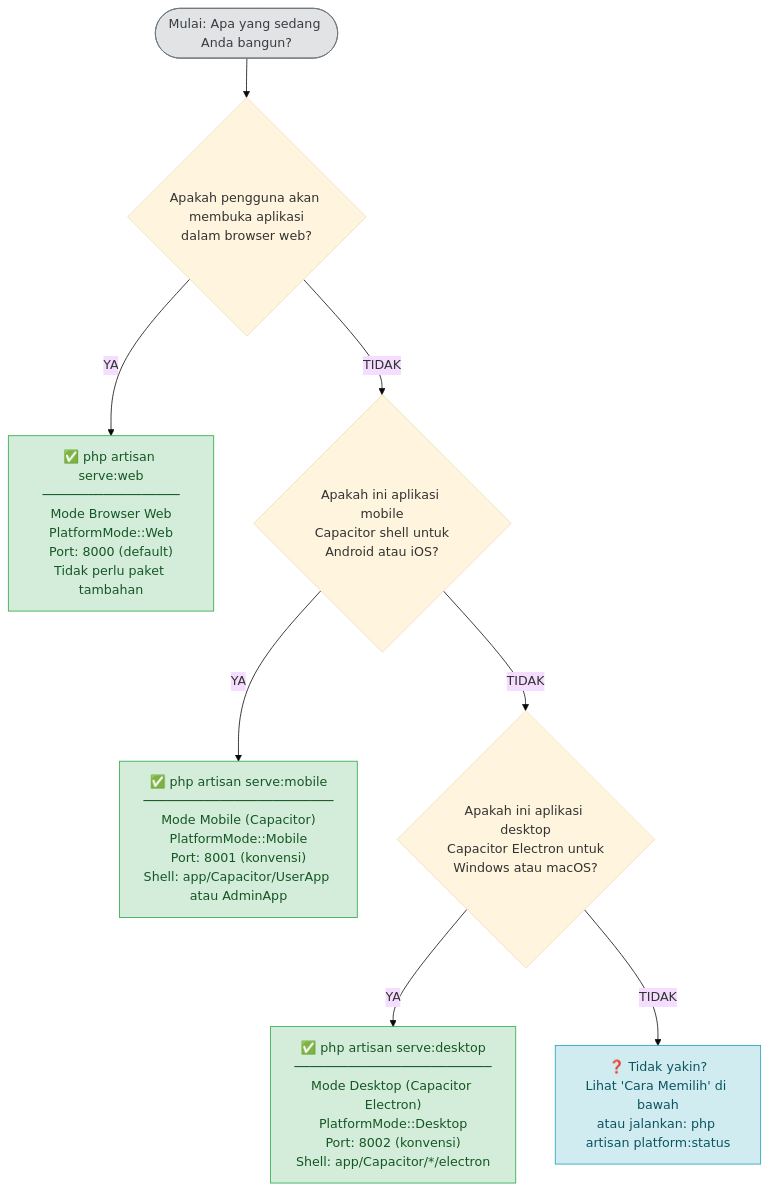
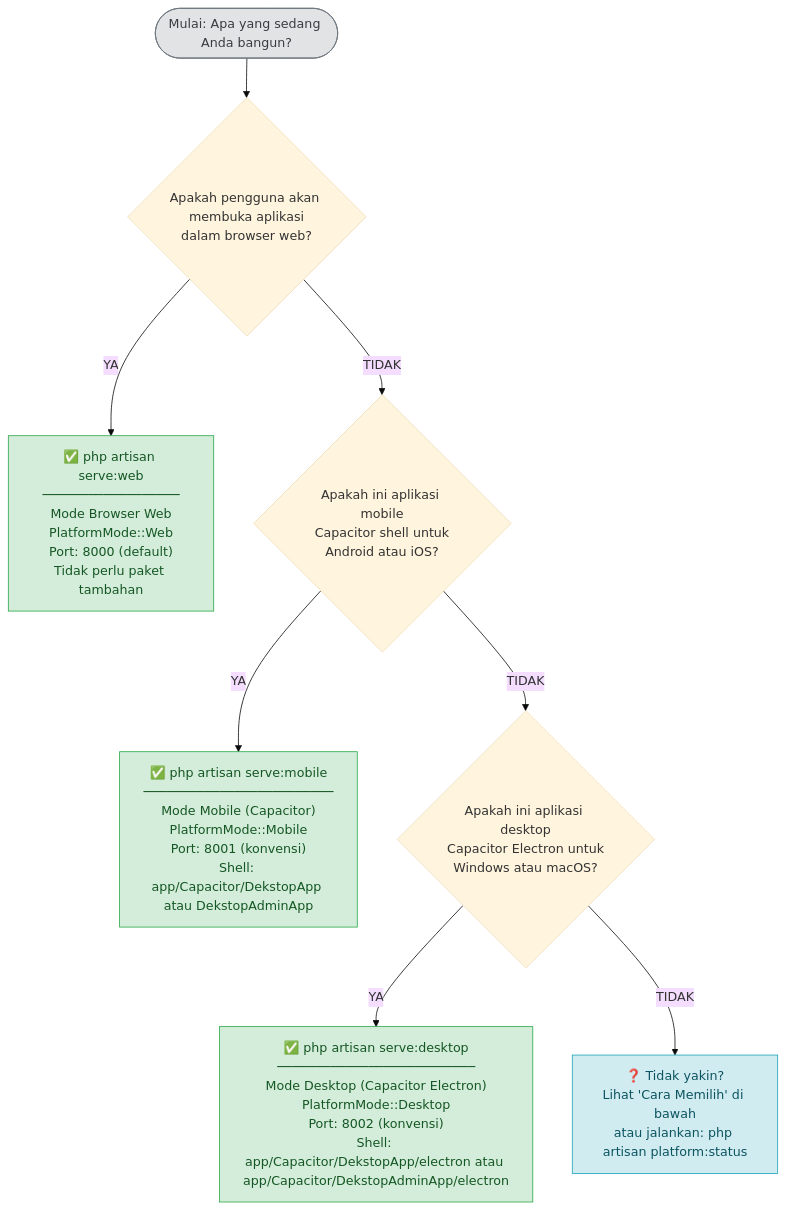
One commit to aanugerahahmadf/WebApp changed the diagram in docs/command-decision-tree/command-decision-tree.md. Above: the diagram before and after it, drawn with Mermaid (base theme). The commit also changed other lines of this file and 21 other files, not shown here.

````diff
--- a/docs/command-decision-tree/command-decision-tree.md
+++ b/docs/command-decision-tree/command-decision-tree.md
@@ -14,24 +14,24 @@
 ```mermaid
 flowchart TD
     START([Mulai: Apa yang sedang Anda bangun?])
 
     START --> Q1{Apakah pengguna akan membuka aplikasi\ndalam browser web?}
 
     Q1 -- YA --> WEB["✅ php artisan serve:web\n──────────────────\nMode Browser Web\nPlatformMode::Web\nPort: 8000 (default)\nTidak perlu paket tambahan"]
 
     Q1 -- TIDAK --> Q2{Apakah ini aplikasi mobile\nCapacitor shell untuk\nAndroid atau iOS?}
 
-    Q2 -- YA --> MOB["✅ php artisan serve:mobile\n─────────────────────────\nMode Mobile (Capacitor)\nPlatformMode::Mobile\nPort: 8001 (konvensi)\nShell: app/Capacitor/UserApp atau AdminApp"]
+    Q2 -- YA --> MOB["✅ php artisan serve:mobile\n─────────────────────────\nMode Mobile (Capacitor)\nPlatformMode::Mobile\nPort: 8001 (konvensi)\nShell: app/Capacitor/DekstopApp atau DekstopAdminApp"]
 
     Q2 -- TIDAK --> Q3{Apakah ini aplikasi desktop\nCapacitor Electron untuk\nWindows atau macOS?}
 
-    Q3 -- YA --> DESK["✅ php artisan serve:desktop\n──────────────────────────\nMode Desktop (Capacitor Electron)\nPlatformMode::Desktop\nPort: 8002 (konvensi)\nShell: app/Capacitor/*/electron"]
+    Q3 -- YA --> DESK["✅ php artisan serve:desktop\n──────────────────────────\nMode Desktop (Capacitor Electron)\nPlatformMode::Desktop\nPort: 8002 (konvensi)\nShell: app/Capacitor/DekstopApp/electron atau app/Capacitor/DekstopAdminApp/electron"]
 
     Q3 -- TIDAK --> UNSURE["❓ Tidak yakin?\nLihat 'Cara Memilih' di bawah\natau jalankan: php artisan platform:status"]
 
     style WEB fill:#d4edda,stroke:#28a745,color:#155724
     style MOB fill:#d4edda,stroke:#28a745,color:#155724
     style DESK fill:#d4edda,stroke:#28a745,color:#155724
     style UNSURE fill:#d1ecf1,stroke:#17a2b8,color:#0c5460
     style START fill:#e2e3e5,stroke:#6c757d,color:#383d41
 ```
````
